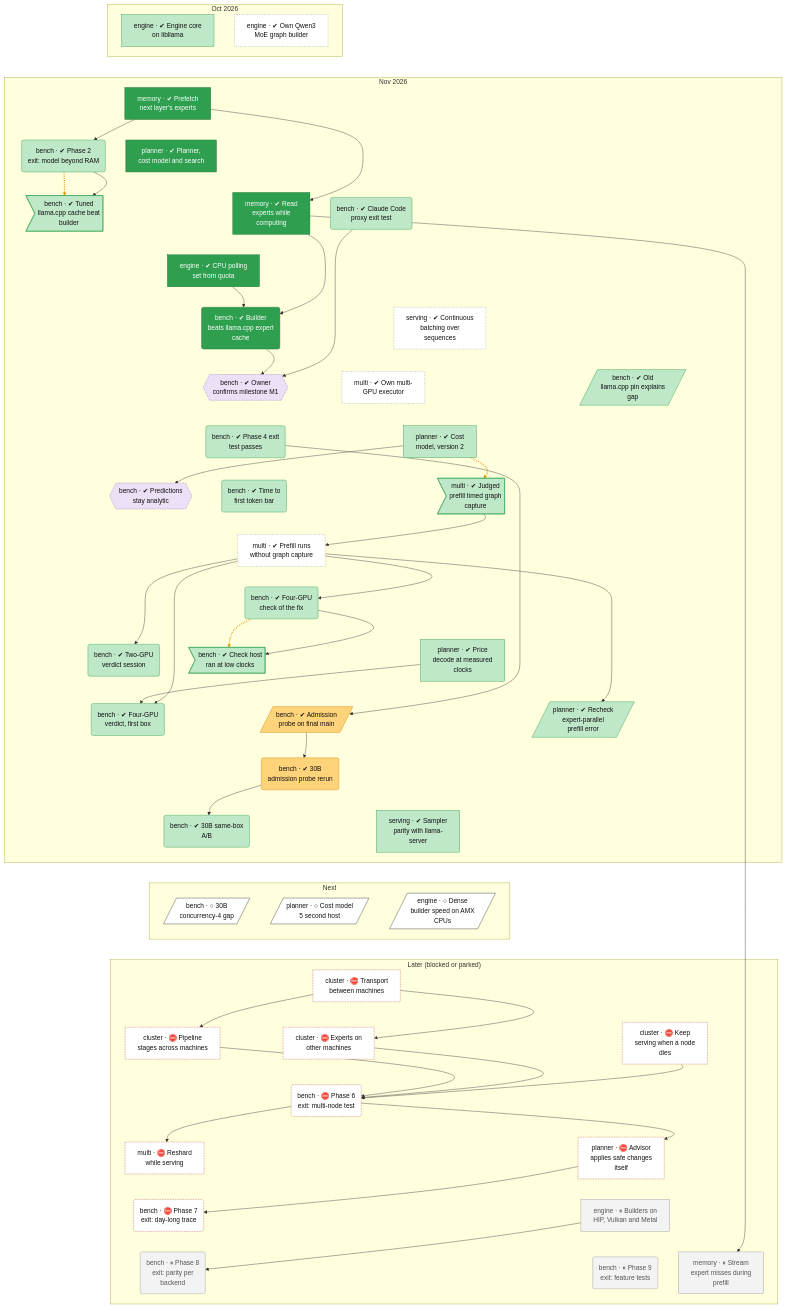
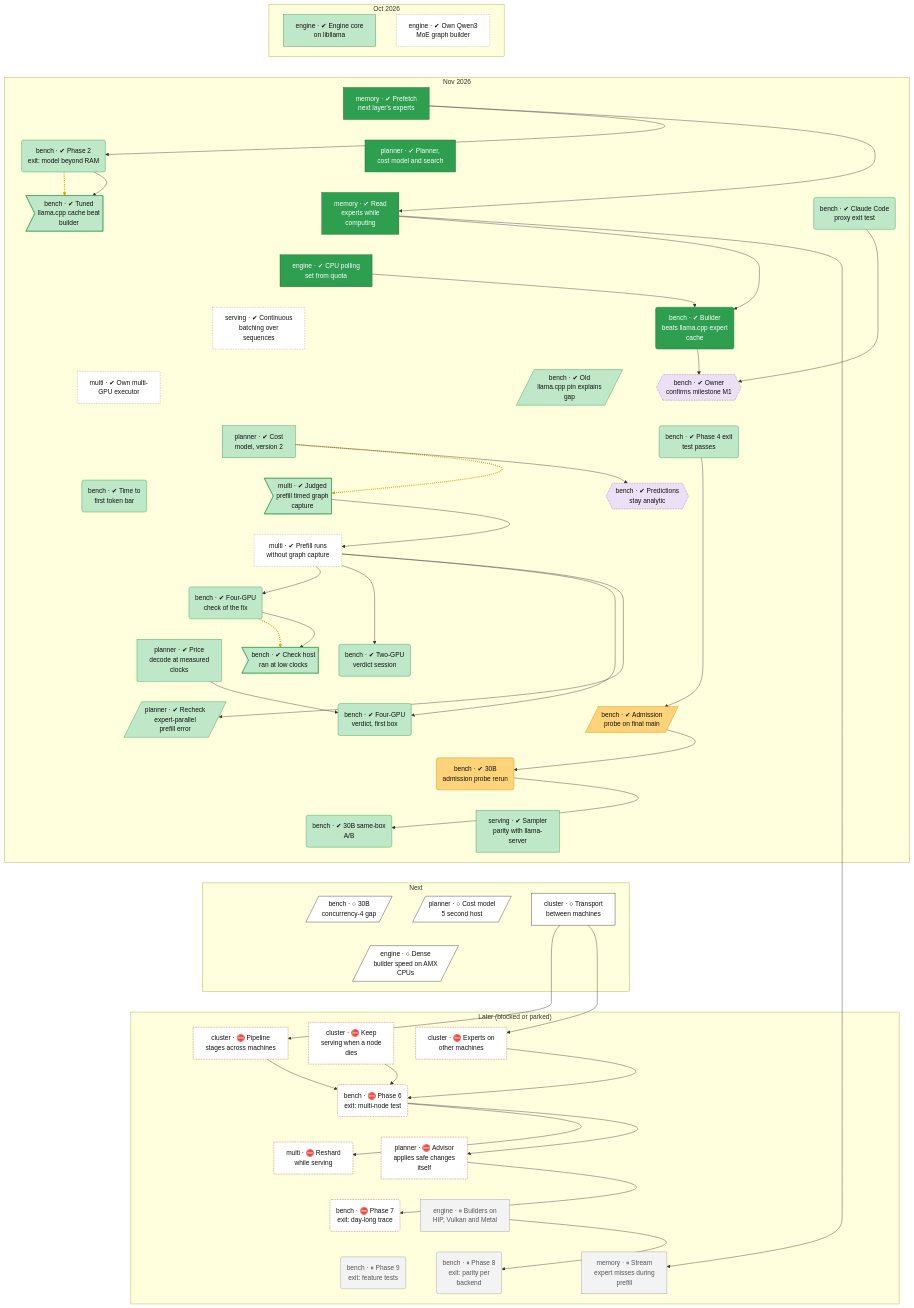
The second of 2 diagrams in docs/roadmap.md (lhns/tetraeder), drawn with Mermaid before and after one commit. The commit also changed other lines of this file and 9 other files, not shown here.

````diff
--- a/docs/roadmap.md
+++ b/docs/roadmap.md
@@ -138,10 +138,10 @@
     subgraph bd_2["Next"]
         bench_30b_c4_gap[/"bench · ○ 30B<br/>concurrency-4 gap"/]
         planner_cost_model_v5_host2[/"planner · ○ Cost model<br/>5 second host"/]
+        cluster_transport["cluster · ○ Transport<br/>between machines"]
         engine_dense_amx[/"engine · ○ Dense<br/>builder speed on AMX<br/>CPUs"/]
     end
     subgraph bd_3["Later (blocked or parked)"]
-        cluster_transport["cluster · ⛔ Transport<br/>between machines"]
         cluster_pipeline_nodes["cluster · ⛔ Pipeline<br/>stages across machines"]
         cluster_experts_nodes["cluster · ⛔ Experts on<br/>other machines"]
         cluster_failover["cluster · ⛔ Keep<br/>serving when a node<br/>dies"]
@@ -192,13 +192,13 @@
     bench_d2a_30b ~~~ serving_parity_sampling
     bench_ab30b ~~~ bench_30b_c4_gap
     serving_parity_sampling ~~~ planner_cost_model_v5_host2
-    serving_parity_sampling ~~~ engine_dense_amx
-    bench_30b_c4_gap ~~~ cluster_transport
-    planner_cost_model_v5_host2 ~~~ cluster_transport
-    engine_dense_amx ~~~ cluster_transport
-    cluster_transport ~~~ cluster_pipeline_nodes
-    cluster_transport ~~~ cluster_experts_nodes
-    cluster_transport ~~~ cluster_failover
+    serving_parity_sampling ~~~ cluster_transport
+    bench_30b_c4_gap ~~~ engine_dense_amx
+    planner_cost_model_v5_host2 ~~~ engine_dense_amx
+    cluster_transport ~~~ engine_dense_amx
+    engine_dense_amx ~~~ cluster_pipeline_nodes
+    engine_dense_amx ~~~ cluster_experts_nodes
+    engine_dense_amx ~~~ cluster_failover
     cluster_pipeline_nodes ~~~ bench_phase6_exit
     cluster_experts_nodes ~~~ bench_phase6_exit
     cluster_failover ~~~ bench_phase6_exit
@@ -260,7 +260,7 @@
     class engine_cpu_poll,memory_prefetch,memory_io_service,planner_core,bench_m1_point1 vsucc
     class bench_owner_m1,bench_owner_analytic decided
     class bench_d2a_probe,bench_d2a_30b mixed
-    class bench_30b_c4_gap,planner_cost_model_v5_host2,engine_dense_amx next
-    class cluster_transport,cluster_pipeline_nodes,cluster_experts_nodes,cluster_failover,bench_phase6_exit,multi_live_reshard,planner_advisor_auto,bench_phase7_exit blocked
+    class bench_30b_c4_gap,planner_cost_model_v5_host2,cluster_transport,engine_dense_amx next
+    class cluster_pipeline_nodes,cluster_experts_nodes,cluster_failover,bench_phase6_exit,multi_live_reshard,planner_advisor_auto,bench_phase7_exit blocked
     class engine_backend_parity,bench_phase8_exit,bench_phase9_exit,memory_prefill_misses parked
 ```
````
